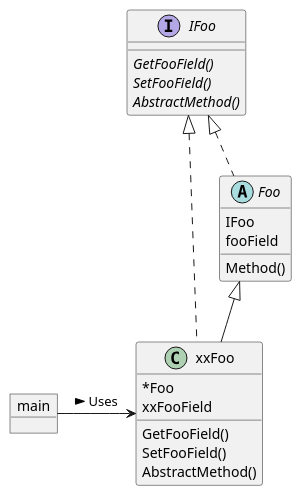
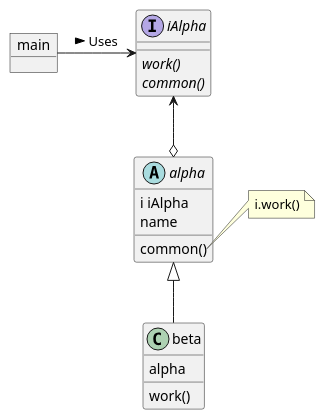
The diagram in tutorial/class.puml (A11Might/golang-design-pattern), drawn with PlantUML before and after one commit. The commit also changed 3 other files, not shown here.

```diff
--- a/tutorial/class.puml
+++ b/tutorial/class.puml
@@ -1,29 +1,26 @@
 @startuml
 'https://plantuml.com/class-diagram
 
 object main
-interface IFoo {
-    {abstract}GetFooField()
-	{abstract}SetFooField()
-	{abstract}AbstractMethod()
+interface iAlpha {
+    {abstract}work()
+	{abstract}common()
 }
-abstract class Foo {
-    IFoo
-    fooField
-    Method()
+abstract class alpha {
+    i iAlpha
+    name
+    common()
 }
-skinparam classAttributeIconSize 0
-class xxFoo {
-    *Foo
-    xxFooField
-    GetFooField()
-	SetFooField()
-	AbstractMethod()
+note right of alpha::common
+    i.work()
+end note
+class beta {
+    alpha
+    work()
 }
 
-main -> xxFoo: Uses >
-IFoo <|.. Foo
-IFoo <|.. xxFoo
-Foo <|-- xxFoo
+main -> iAlpha: Uses >
+iAlpha <--o alpha
+alpha <|-- beta
 
 @enduml
```
